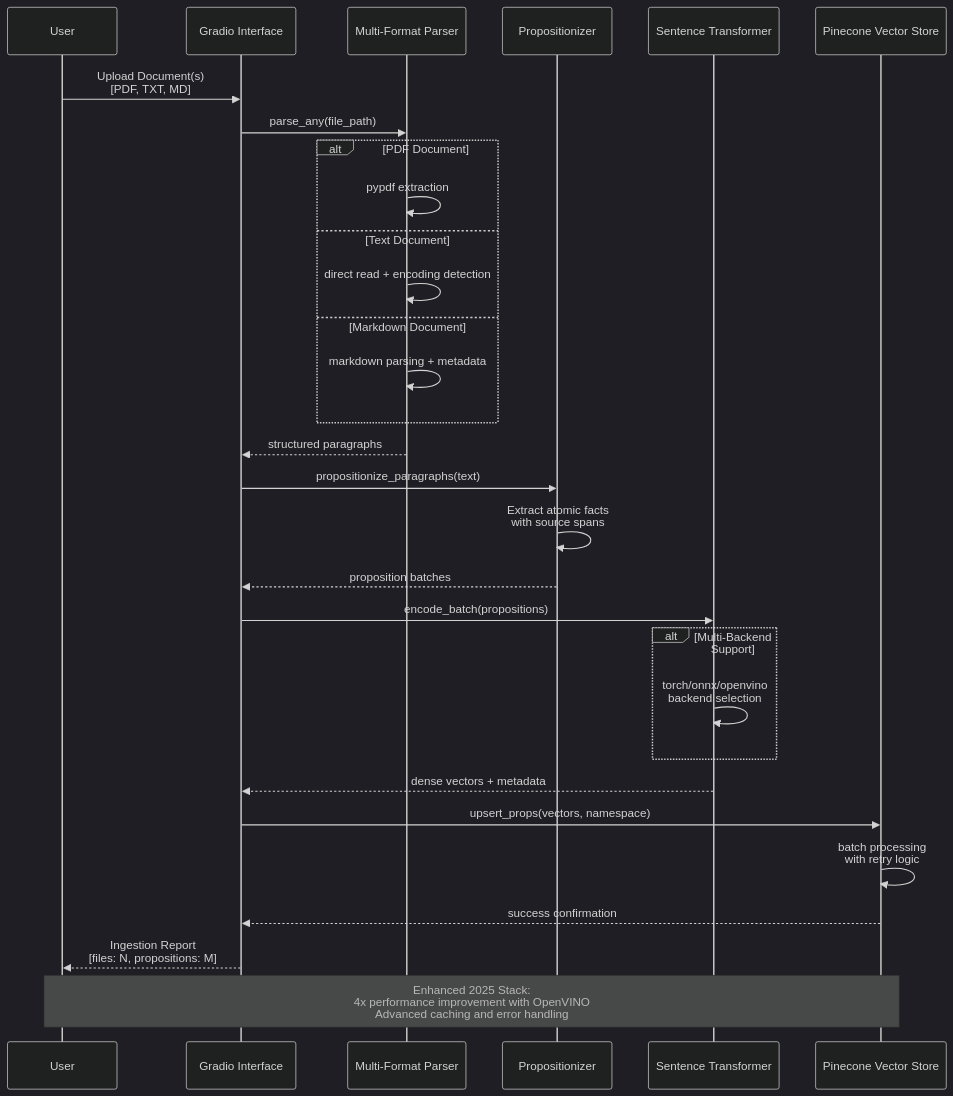
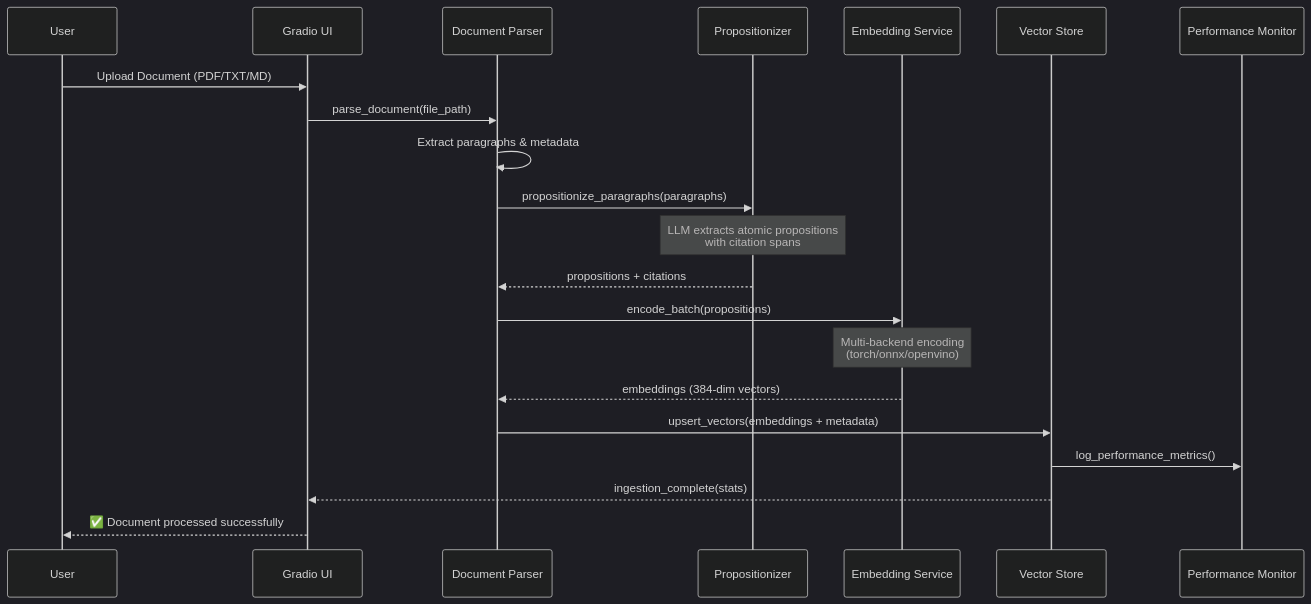
The third of 5 diagrams in README.md (JackSmack1971/personal-rag-propo), drawn with Mermaid (dark theme) before and after one commit. The commit also changed other lines of this file, not shown here.

````diff
--- a/README.md
+++ b/README.md
@@ -167,42 +197,28 @@
 ```mermaid
 sequenceDiagram
     participant User
-    participant UI as Gradio Interface
-    participant Parser as Multi-Format Parser
-    participant LLM as Propositionizer
-    participant Embedder as Sentence Transformer
-    participant Vector as Pinecone Vector Store
+    participant UI as Gradio UI
+    participant Parser as Document Parser
+    participant Prop as Propositionizer
+    participant Embed as Embedding Service
+    participant Vector as Vector Store
+    participant Monitor as Performance Monitor
     
-    User->>UI: Upload Document(s)<br/>[PDF, TXT, MD]
-    UI->>Parser: parse_any(file_path)
+    User->>UI: Upload Document (PDF/TXT/MD)
+    UI->>Parser: parse_document(file_path)
+    Parser->>Parser: Extract paragraphs & metadata
+    Parser->>Prop: propositionize_paragraphs(paragraphs)
     
-    alt PDF Document
-        Parser->>Parser: pypdf extraction
-    else Text Document
-        Parser->>Parser: direct read + encoding detection
-    else Markdown Document
-        Parser->>Parser: markdown parsing + metadata
-    end
+    Note over Prop: LLM extracts atomic propositions<br/>with citation spans
     
-    Parser-->>UI: structured paragraphs
-    UI->>LLM: propositionize_paragraphs(text)
+    Prop-->>Parser: propositions + citations
+    Parser->>Embed: encode_batch(propositions)
     
-    LLM->>LLM: Extract atomic facts<br/>with source spans
-    LLM-->>UI: proposition batches
+    Note over Embed: Multi-backend encoding<br/>(torch/onnx/openvino)
     
-    UI->>Embedder: encode_batch(propositions)
-    
-    alt Multi-Backend Support
-        Embedder->>Embedder: torch/onnx/openvino<br/>backend selection
-    end
-    
-    Embedder-->>UI: dense vectors + metadata
-    UI->>Vector: upsert_props(vectors, namespace)
-    
-    Vector->>Vector: batch processing<br/>with retry logic
-    Vector-->>UI: success confirmation
-    
-    UI-->>User: Ingestion Report<br/>[files: N, propositions: M]
-    
-    Note over User, Vector: Enhanced 2025 Stack:<br/>4x performance improvement with OpenVINO<br/>Advanced caching and error handling
+    Embed-->>Parser: embeddings (384-dim vectors)
+    Parser->>Vector: upsert_vectors(embeddings + metadata)
+    Vector->>Monitor: log_performance_metrics()
+    Vector-->>UI: ingestion_complete(stats)
+    UI-->>User: ✅ Document processed successfully
 ```
````
